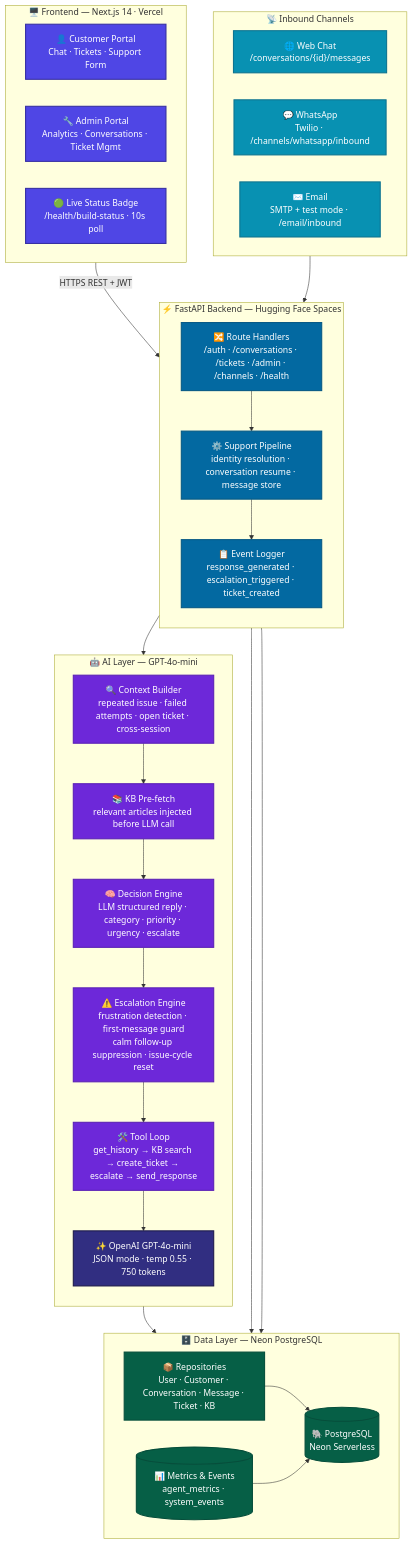
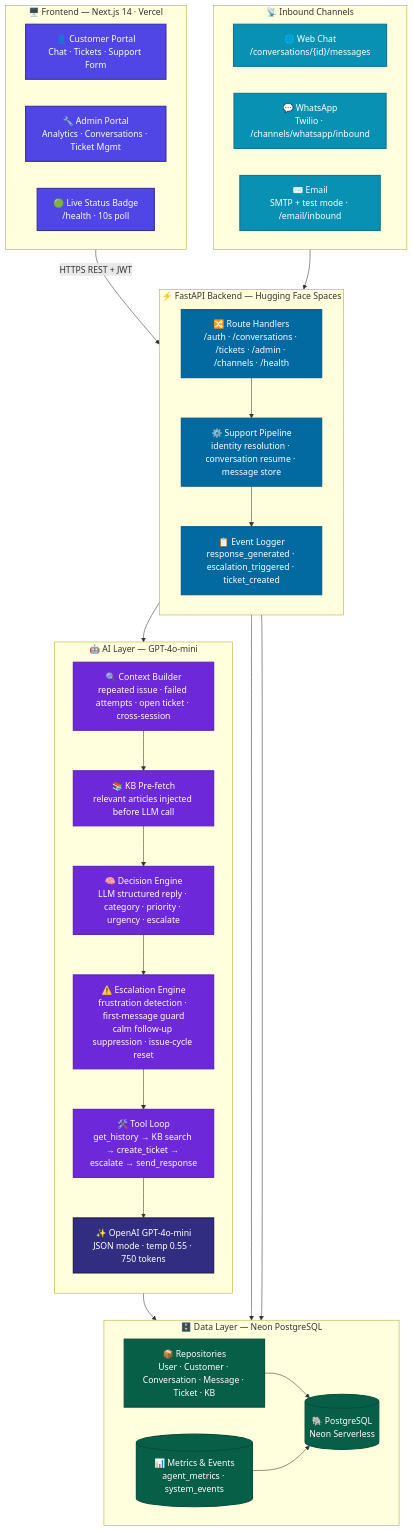
Before and after one commit to zohair-azmat-ai/Supportpilot-Ai-Digital-Fte: the diagram in README.md, drawn with Mermaid. The commit also changed other lines of this file, not shown here.

Commit message:
docs: clean README top layout and badge alignment

````diff
--- a/README.md
+++ b/README.md
@@ -209,70 +217,70 @@
 ```mermaid
 flowchart TD
     subgraph FrontendLayer["  🖥️ Frontend — Next.js 14 · Vercel  "]
         direction LR
         CustomerUI["👤 Customer Portal\nChat · Tickets · Support Form"]
         AdminUI["🔧 Admin Portal\nAnalytics · Conversations · Ticket Mgmt"]
-        StatusUI["🟢 Live Status Badge\n/health/build-status · 10s poll"]
+        StatusUI["🟢 Live Status Badge\n/health · 10s poll"]
     end
 
     subgraph ChannelLayer["  📡 Inbound Channels  "]
         direction LR
         WebCh["🌐 Web Chat\n/conversations/{id}/messages"]
         WACh["💬 WhatsApp\nTwilio · /channels/whatsapp/inbound"]
         EmailCh["✉️ Email\nSMTP + test mode · /email/inbound"]
     end
 
     subgraph BackendLayer["  ⚡ FastAPI Backend — Hugging Face Spaces  "]
         direction TB
         Routes["🔀 Route Handlers\n/auth · /conversations · /tickets · /admin · /channels · /health"]
         Pipeline["⚙️ Support Pipeline\nidentity resolution · conversation resume · message store"]
         EventLog["📋 Event Logger\nresponse_generated · escalation_triggered · ticket_created"]
     end
 
     subgraph AILayer["  🤖 AI Layer — GPT-4o-mini  "]
         direction TB
         CtxBuilder["🔍 Context Builder\nrepeated issue · failed attempts · open ticket · cross-session"]
         KBFetch["📚 KB Pre-fetch\nrelevant articles injected before LLM call"]
         DecisionEng["🧠 Decision Engine\nLLM structured reply · category · priority · urgency · escalate"]
         EscEngine["⚠️ Escalation Engine\nfrustration detection · first-message guard\ncalm follow-up suppression · issue-cycle reset"]
         ToolLoop["🛠️ Tool Loop\nget_history → KB search → create_ticket → escalate → send_response"]
         LLM["✨ OpenAI GPT-4o-mini\nJSON mode · temp 0.55 · 750 tokens"]
     end
 
     subgraph DataLayer["  🗄️ Data Layer — Neon PostgreSQL  "]
         direction LR
         Repos["📦 Repositories\nUser · Customer · Conversation · Message · Ticket · KB"]
         PG[("🐘 PostgreSQL\nNeon Serverless")]
         Metrics[("📊 Metrics & Events\nagent_metrics · system_events")]
     end
 
     FrontendLayer -->|"HTTPS REST + JWT"| Routes
     ChannelLayer --> Routes
     Routes --> Pipeline
     Pipeline --> CtxBuilder
     CtxBuilder --> KBFetch
     KBFetch --> DecisionEng
     DecisionEng --> EscEngine
     EscEngine --> ToolLoop
     ToolLoop --> LLM
     ToolLoop --> Repos
     Pipeline --> EventLog
     Pipeline --> Repos
     EventLog --> Metrics
     Repos --> PG
     Metrics --> PG
 
     classDef frontendStyle fill:#4f46e5,stroke:#3730a3,stroke-width:2px,color:#fff
     classDef channelStyle fill:#0891b2,stroke:#0e7490,stroke-width:2px,color:#fff
     classDef backendStyle fill:#0369a1,stroke:#075985,stroke-width:2px,color:#fff
     classDef aiStyle fill:#6d28d9,stroke:#5b21b6,stroke-width:2px,color:#fff
     classDef llmStyle fill:#312e81,stroke:#1e1b4b,stroke-width:2px,color:#fff
     classDef dbStyle fill:#065f46,stroke:#064e3b,stroke-width:2px,color:#fff
 
     class CustomerUI,AdminUI,StatusUI frontendStyle
     class WebCh,WACh,EmailCh channelStyle
     class Routes,Pipeline,EventLog backendStyle
     class CtxBuilder,KBFetch,DecisionEng,EscEngine,ToolLoop aiStyle
     class LLM llmStyle
     class Repos,PG,Metrics dbStyle
 ```
````
